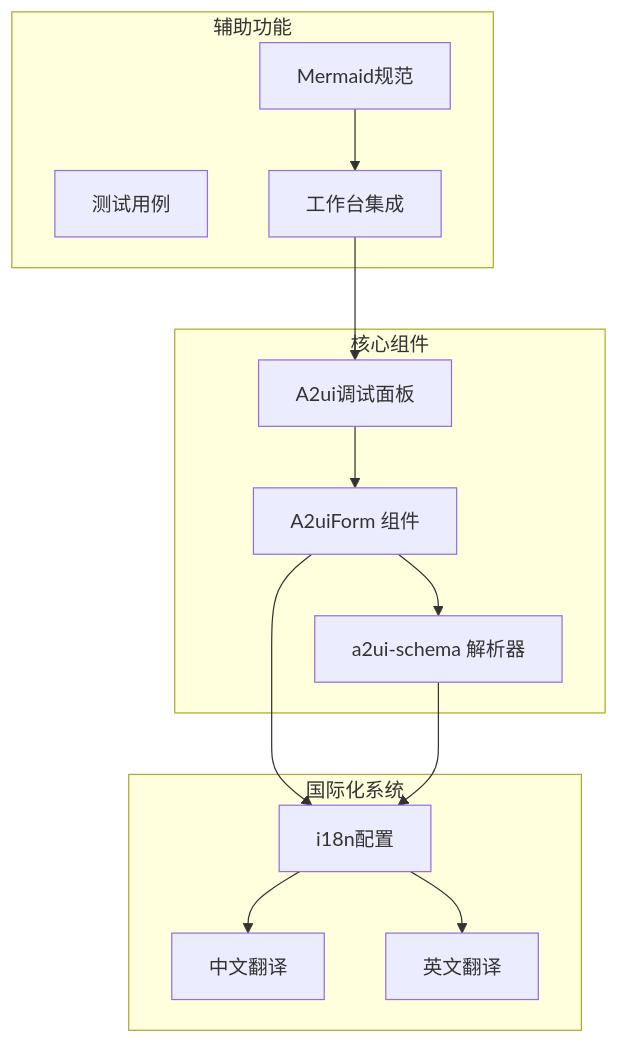
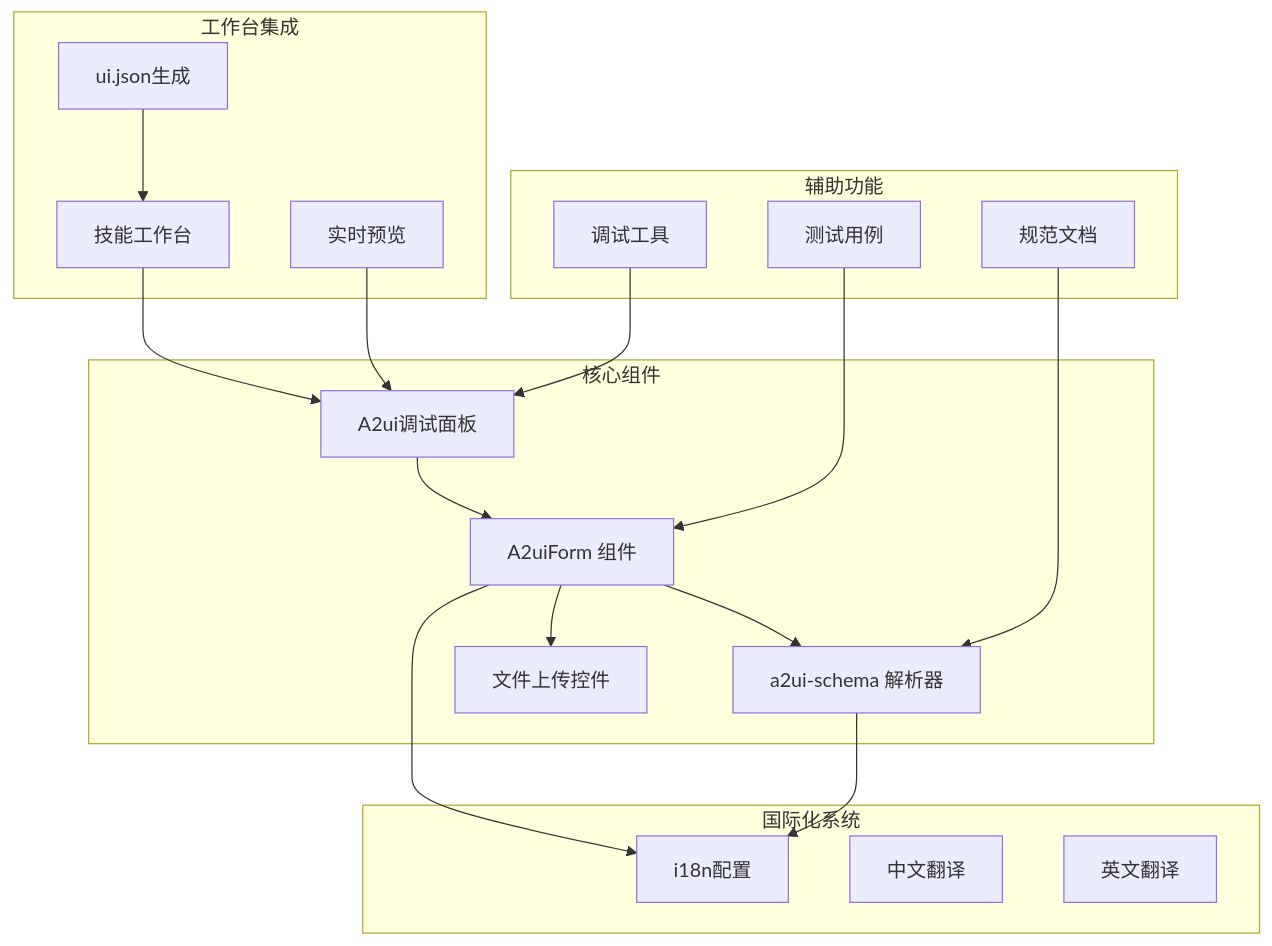
Before and after one commit to WW-AI-Lab/openclaw-office: the first of 6 diagrams in .qoder/repowiki/zh/content/项目概述/核心功能介绍/控制台管理界面/Skills技能管理/A2UI输入表单系统.md, drawn with Mermaid. The commit also changed other lines of this file and 11 other files, not shown here.

````diff
--- a/.qoder/repowiki/zh/content/项目概述/核心功能介绍/控制台管理界面/Skills技能管理/A2UI输入表单系统.md
+++ b/.qoder/repowiki/zh/content/项目概述/核心功能介绍/控制台管理界面/Skills技能管理/A2UI输入表单系统.md
@@ -46,26 +47,35 @@
 ```mermaid
 graph TB
 subgraph "核心组件"
 A[A2uiForm 组件]
 B[a2ui-schema 解析器]
 C[A2ui调试面板]
+D[文件上传控件]
 end
 subgraph "国际化系统"
-D[i18n配置]
-E[中文翻译]
-F[英文翻译]
+E[i18n配置]
+F[中文翻译]
+G[英文翻译]
+end
+subgraph "工作台集成"
+H[技能工作台]
+I[ui.json生成]
+J[实时预览]
 end
 subgraph "辅助功能"
-G[测试用例]
-H[工作台集成]
-I[Mermaid规范]
+K[测试用例]
+L[规范文档]
+M[调试工具]
 end
 A --> B
 C --> A
 A --> D
-B --> D
-D --> E
-D --> F
+A --> E
+B --> E
 H --> C
 I --> H
+J --> C
+K --> A
+L --> B
+M --> C
 ```
````
